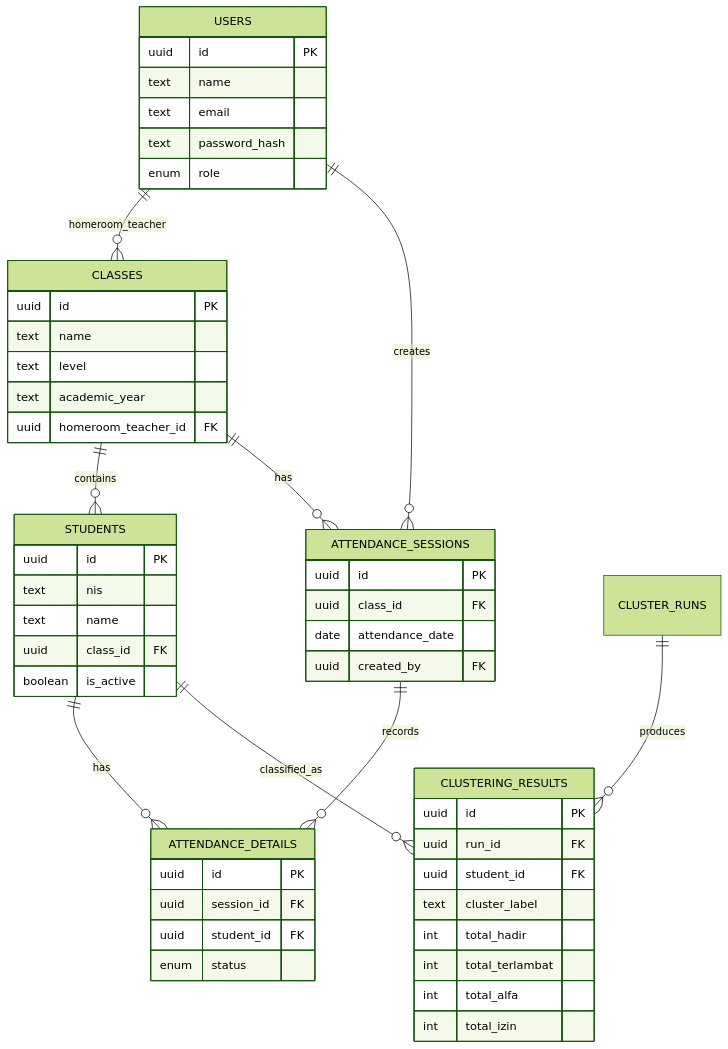
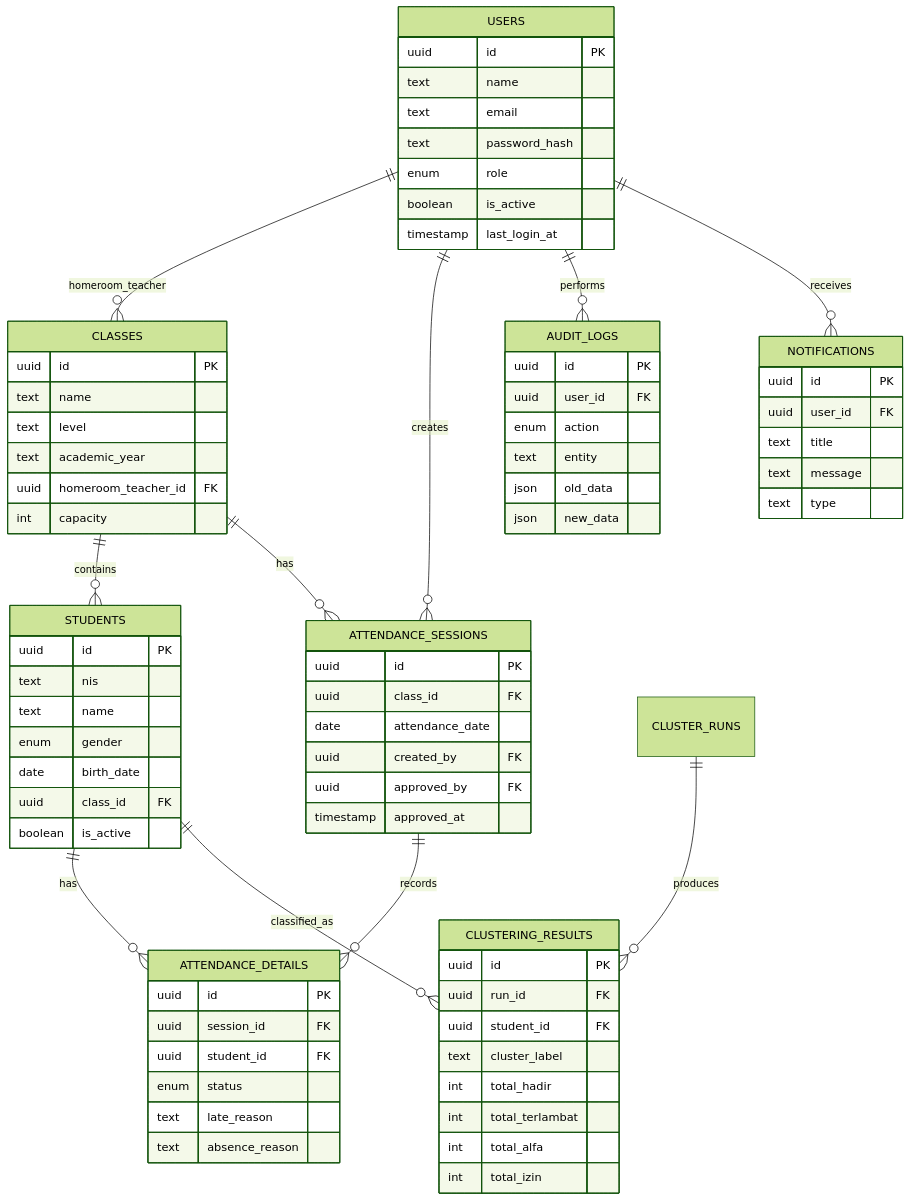
Before and after one commit to Hadevs27/absensi_yayasan: the second of 5 diagrams in README.md, drawn with Mermaid (forest theme). The commit also changed other lines of this file and 76 other files, not shown here.

Commit message:
feat: implement RBAC, user management, profile system, notifications, export services, audit logs, attendance sessions, Sentry monitoring, and UI improvements

```diff
--- a/README.md
+++ b/README.md
@@ -76,6 +93,8 @@
   USERS ||--o{ ATTENDANCE_SESSIONS : "creates"
   CLUSTER_RUNS ||--o{ CLUSTERING_RESULTS : "produces"
   STUDENTS ||--o{ CLUSTERING_RESULTS : "classified_as"
+  USERS ||--o{ AUDIT_LOGS : "performs"
+  USERS ||--o{ NOTIFICATIONS : "receives"
 
   USERS {
     uuid id PK
@@ -83,6 +102,8 @@
     text email
     text password_hash
     enum role
+    boolean is_active
+    timestamp last_login_at
   }
 
   CLASSES {
@@ -91,12 +112,15 @@
     text level
     text academic_year
     uuid homeroom_teacher_id FK
+    int capacity
   }
 
   STUDENTS {
     uuid id PK
     text nis
     text name
+    enum gender
+    date birth_date
     uuid class_id FK
     boolean is_active
   }
@@ -106,6 +130,8 @@
     uuid class_id FK
     date attendance_date
     uuid created_by FK
+    uuid approved_by FK
+    timestamp approved_at
   }
 
   ATTENDANCE_DETAILS {
@@ -113,6 +139,25 @@
     uuid session_id FK
     uuid student_id FK
     enum status
+    text late_reason
+    text absence_reason
+  }
+
+  AUDIT_LOGS {
+    uuid id PK
+    uuid user_id FK
+    enum action
+    text entity
+    json old_data
+    json new_data
+  }
+
+  NOTIFICATIONS {
+    uuid id PK
+    uuid user_id FK
+    text title
+    text message
+    text type
   }
 
   CLUSTERING_RESULTS {
```
